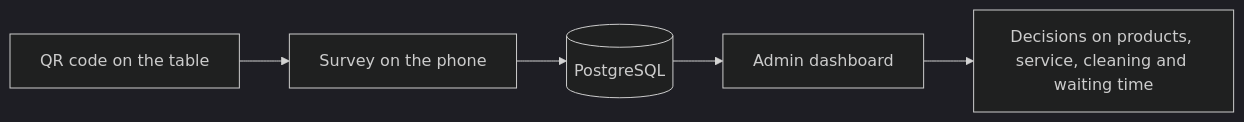
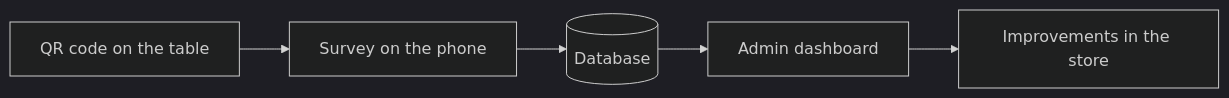
One commit to M4dri1/satisfacao-orly changed the first of 2 diagrams in README.md. Above: the diagram before and after it, drawn with Mermaid (dark theme). The commit also changed other lines of this file, not shown here.

````diff
--- a/README.md
+++ b/README.md
@@ -24,7 +48,7 @@
 ```mermaid
 flowchart LR
     A[QR code on the table] --> B[Survey on the phone]
-    B --> C[(PostgreSQL)]
+    B --> C[(Database)]
     C --> D[Admin dashboard]
-    D --> E[Decisions on products, service, cleaning and waiting time]
+    D --> E[Improvements in the store]
 ```
````
